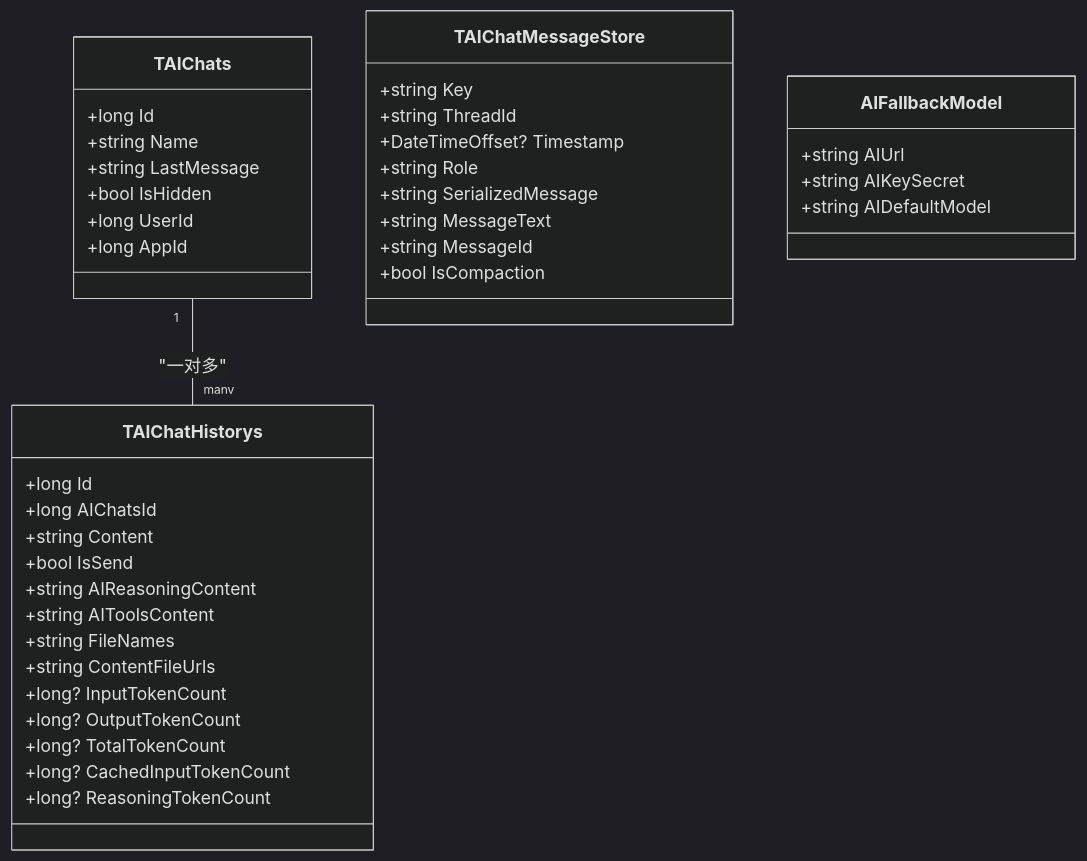
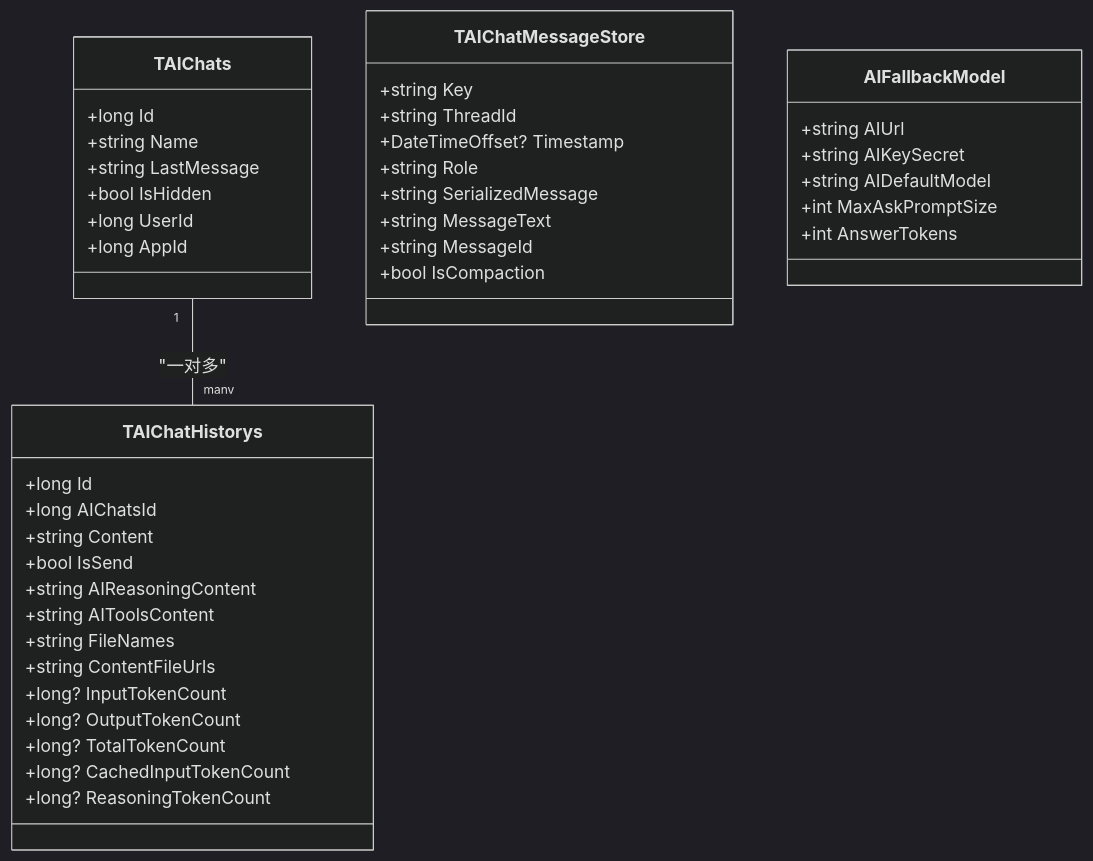
The fifth of 7 diagrams in .qoder/repowiki/zh/content/核心模块/AI智能助手/聊天对话.md (junkai-li/NetCoreKevin), drawn with Mermaid (dark theme) before and after one commit. The commit also changed other lines of this file and 41 other files, not shown here.

````diff
--- a/.qoder/repowiki/zh/content/核心模块/AI智能助手/聊天对话.md
+++ b/.qoder/repowiki/zh/content/核心模块/AI智能助手/聊天对话.md
@@ -229,42 +240,44 @@
 ```mermaid
 classDiagram
 class TAIChats {
 +long Id
 +string Name
 +string LastMessage
 +bool IsHidden
 +long UserId
 +long AppId
 }
 class TAIChatHistorys {
 +long Id
 +long AIChatsId
 +string Content
 +bool IsSend
 +string AIReasoningContent
 +string AIToolsContent
 +string FileNames
 +string ContentFileUrls
 +long? InputTokenCount
 +long? OutputTokenCount
 +long? TotalTokenCount
 +long? CachedInputTokenCount
 +long? ReasoningTokenCount
 }
 class TAIChatMessageStore {
 +string Key
 +string ThreadId
 +DateTimeOffset? Timestamp
 +string Role
 +string SerializedMessage
 +string MessageText
 +string MessageId
 +bool IsCompaction
 }
 class AIFallbackModel {
 +string AIUrl
 +string AIKeySecret
 +string AIDefaultModel
++int MaxAskPromptSize
++int AnswerTokens
 }
 TAIChats "1" -- "many" TAIChatHistorys : "一对多"
 ```
````
